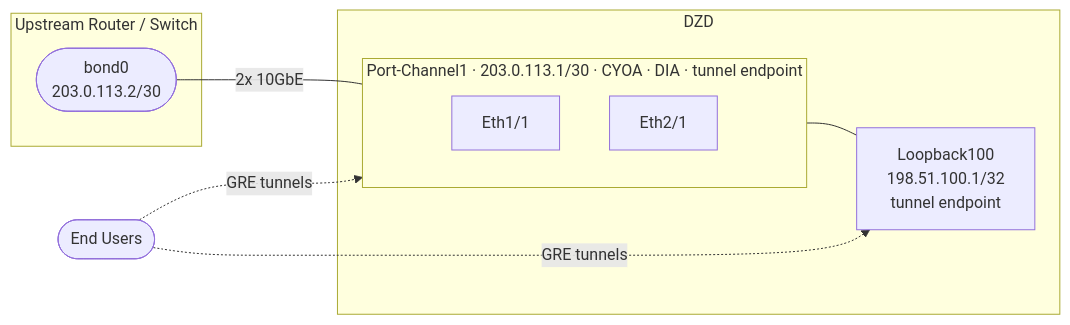
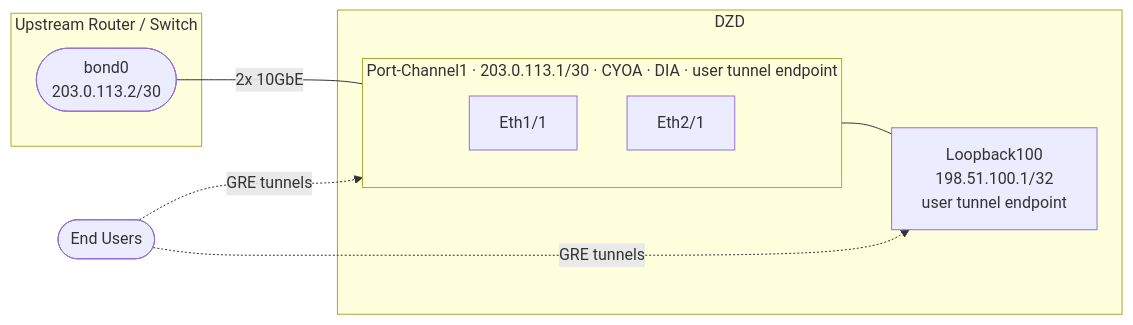
Before and after one commit to malbeclabs/docs: the ninth of 14 diagrams in docs/contribute-provisioning.md, drawn with Mermaid. The commit also changed other lines of this file, not shown here.

````diff
--- a/docs/contribute-provisioning.md
+++ b/docs/contribute-provisioning.md
@@ -438,24 +504,23 @@
 ```mermaid
 flowchart LR
     USERS(["End Users"])
 
     subgraph SW["Upstream Router / Switch"]
         SWPC(["bond0
         203.0.113.2/30"])
     end
 
     subgraph DZD["DZD"]
-        subgraph PC["Port-Channel1 · 203.0.113.1/30 · CYOA · DIA · tunnel endpoint"]
+        subgraph PC["Port-Channel1 · 203.0.113.1/30 · CYOA · DIA · user tunnel endpoint"]
             E1["Eth1/1"]
             E2["Eth2/1"]
         end
         LO["Loopback100
-        198.51.100.1/32
-        tunnel endpoint"]
+        198.51.100.1/32\n        user tunnel endpoint"]
         PC --- LO
     end
 
     SWPC -- "2x 10GbE" --- PC
     USERS -. "GRE tunnels" .-> PC
     USERS -. "GRE tunnels" .-> LO
 ```
````
